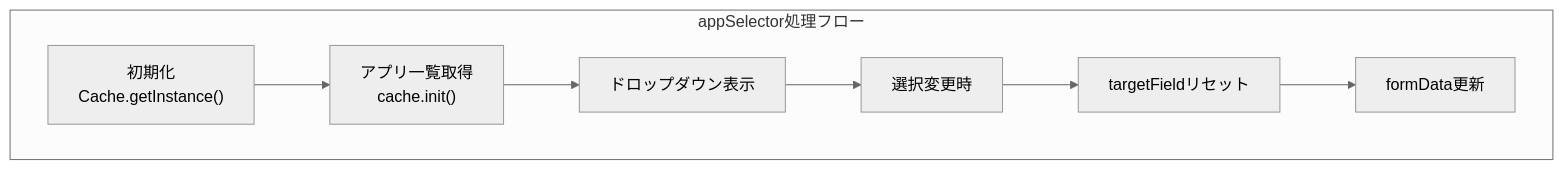
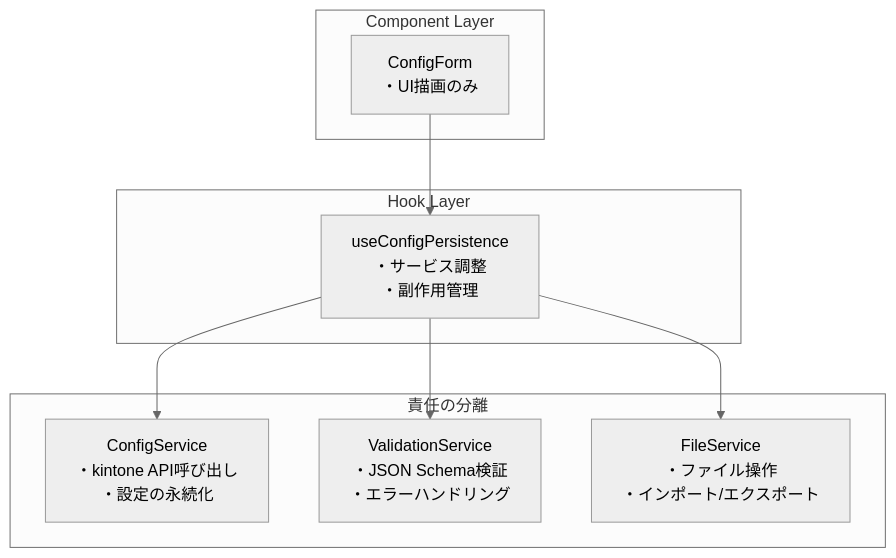
One commit to okayus/kintone-plugin-template changed the sixth of 10 diagrams in docs/configform-detailed-explanation.md. Above: the diagram before and after it, drawn with Mermaid (neutral theme). The commit also changed other lines of this file and 17 other files, not shown here.

First line of the commit message:
docs: update documentation to reflect refactored architecture

````diff
--- a/docs/configform-detailed-explanation.md
+++ b/docs/configform-detailed-explanation.md
@@ -243,17 +478,21 @@
 ```mermaid
 graph TB
-    subgraph "appSelector処理フロー"
-        Init["初期化<br/>Cache.getInstance()"]
-        LoadApps["アプリ一覧取得<br/>cache.init()"]
-        Display["ドロップダウン表示"]
-        OnChange["選択変更時"]
-        Reset["targetFieldリセット"]
-        Update["formData更新"]
+    subgraph "責任の分離"
+        ConfigService["ConfigService<br/>・kintone API呼び出し<br/>・設定の永続化"]
+        ValidationService["ValidationService<br/>・JSON Schema検証<br/>・エラーハンドリング"]
+        FileService["FileService<br/>・ファイル操作<br/>・インポート/エクスポート"]
     end
     
-    Init --> LoadApps
-    LoadApps --> Display
-    Display --> OnChange
-    OnChange --> Reset
-    Reset --> Update
+    subgraph "Hook Layer"
+        useConfigPersistence["useConfigPersistence<br/>・サービス調整<br/>・副作用管理"]
+    end
+    
+    subgraph "Component Layer"
+        ConfigForm["ConfigForm<br/>・UI描画のみ"]
+    end
+    
+    ConfigForm --> useConfigPersistence
+    useConfigPersistence --> ConfigService
+    useConfigPersistence --> ValidationService
+    useConfigPersistence --> FileService
 ```
````
